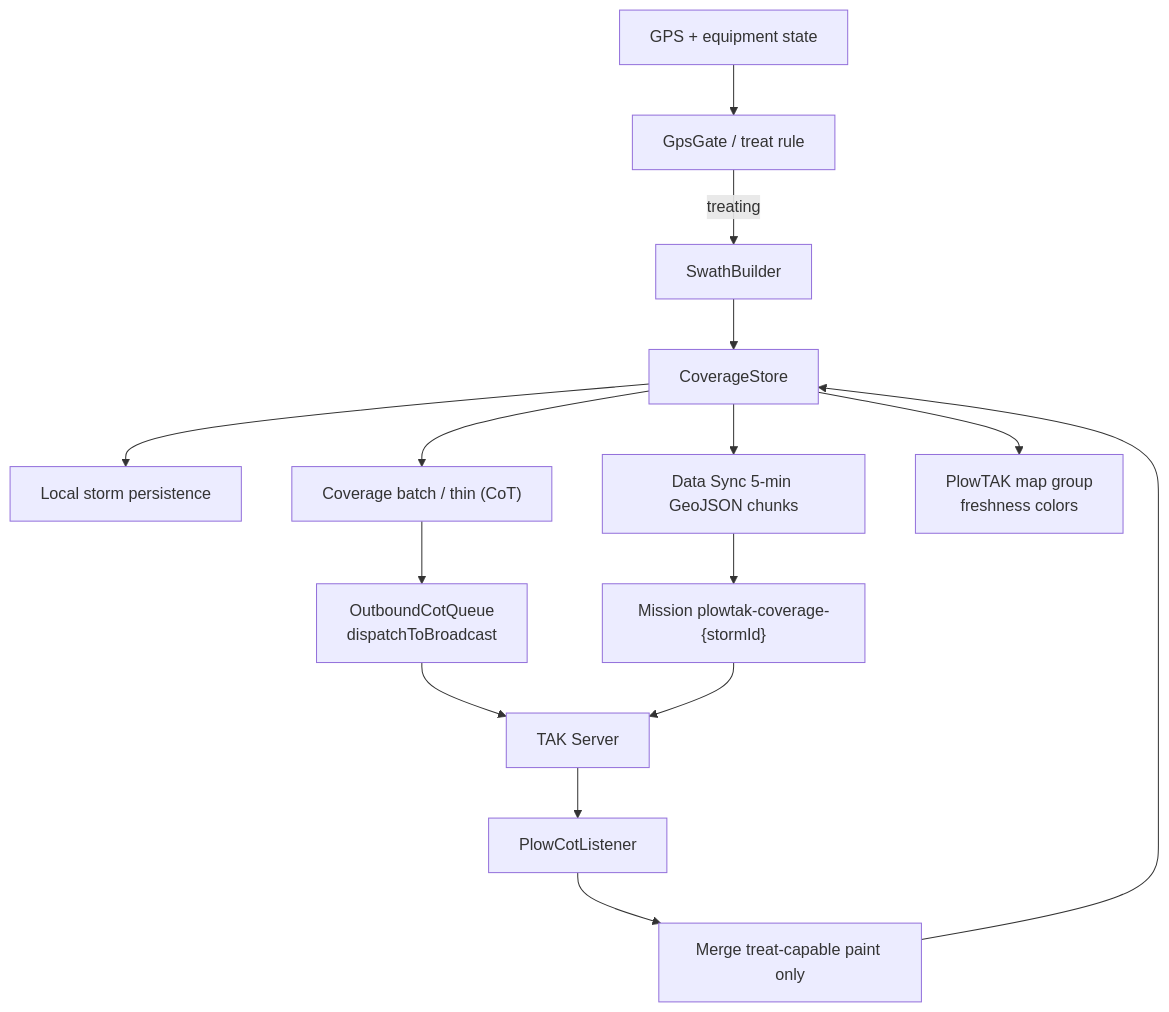
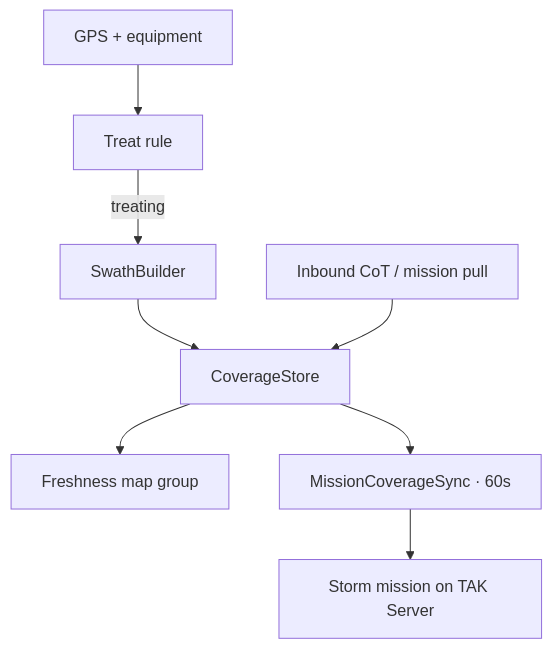
The second of 2 diagrams in README.md (CopIXus/PlowTAK), drawn with Mermaid before and after one commit. The commit also changed other lines of this file and 11 other files, not shown here.

Commit message:
Refresh README and graphics for current PlowTAK features.

````diff
--- a/README.md
+++ b/README.md
@@ -81,17 +120,10 @@
 ```mermaid
 flowchart TB
-  GPS["GPS + equipment state"] --> Gate["GpsGate / treat rule"]
+  GPS["GPS + equipment"] --> Gate["Treat rule"]
   Gate -->|treating| Swath["SwathBuilder"]
   Swath --> Store["CoverageStore"]
-  Store --> Local["Local storm persistence"]
-  Store --> Batch["Coverage batch / thin (CoT)"]
-  Batch --> Queue["OutboundCotQueue<br/>dispatchToBroadcast"]
-  Queue --> TAK["TAK Server"]
-  Store --> DataSync["Data Sync 5-min GeoJSON chunks"]
-  DataSync --> Mission["Mission plowtak-coverage-{stormId}"]
-  Mission --> TAK
-  TAK --> In["PlowCotListener"]
-  In --> Merge["Merge treat-capable paint only"]
-  Merge --> Store
-  Store --> Map["PlowTAK map group<br/>freshness colors"]
+  Store --> Map["Freshness map group"]
+  Store --> Sync["MissionCoverageSync · 60s"]
+  Sync --> Mission["Storm mission on TAK Server"]
+  CotIn["Inbound CoT / mission pull"] --> Store
 ```
````
